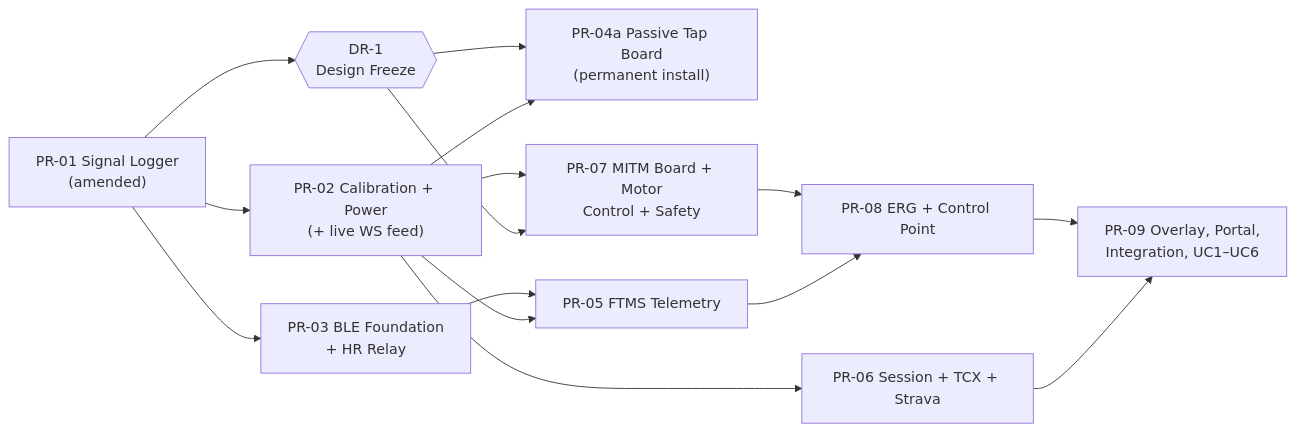
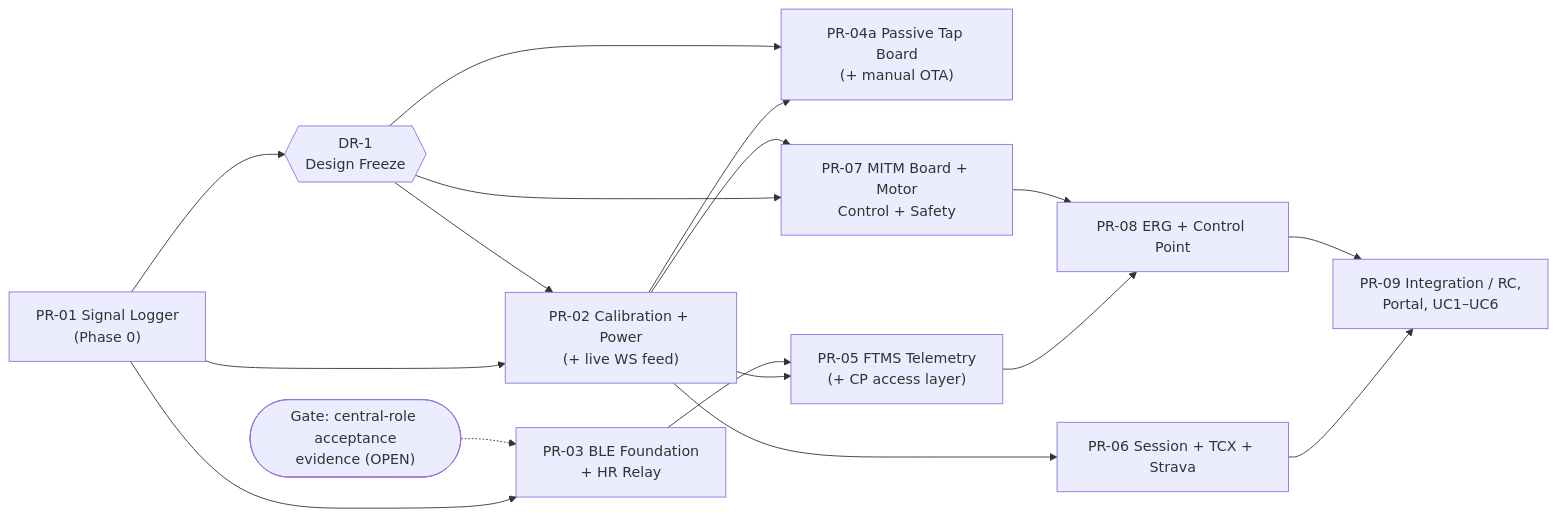
The diagram in .agents/skills/principal-architect-workspace/PROGRAM-PLAN.md (cblabs-org/echenon), drawn with Mermaid before and after one commit. The commit also changed other lines of this file and 42 other files, not shown here.

First line of the commit message:
docs: remediate Chief Architect readiness review (RR-01..RR-20)

````diff
--- a/.agents/skills/principal-architect-workspace/PROGRAM-PLAN.md
+++ b/.agents/skills/principal-architect-workspace/PROGRAM-PLAN.md
@@ -26,17 +37,19 @@
 ```mermaid
 graph LR
-    PR1["PR-01 Signal Logger<br/>(amended)"] --> DR1{{"DR-1<br/>Design Freeze"}}
+    PR1["PR-01 Signal Logger<br/>(Phase 0)"] --> DR1{{"DR-1<br/>Design Freeze"}}
     PR1 --> PR2["PR-02 Calibration + Power<br/>(+ live WS feed)"]
+    DR1 --> PR2
     PR1 --> PR3["PR-03 BLE Foundation<br/>+ HR Relay"]
-    PR2 --> PR4a["PR-04a Passive Tap Board<br/>(permanent install)"]
-    PR2 --> PR5["PR-05 FTMS Telemetry"]
+    PR2 --> PR4a["PR-04a Passive Tap Board<br/>(+ manual OTA)"]
+    DR1 --> PR4a
+    PR2 --> PR5["PR-05 FTMS Telemetry<br/>(+ CP access layer)"]
     PR3 --> PR5
     PR2 --> PR6["PR-06 Session + TCX + Strava"]
-    DR1 --> PR4a
     DR1 --> PR7["PR-07 MITM Board + Motor<br/>Control + Safety"]
     PR2 --> PR7
     PR5 --> PR8["PR-08 ERG + Control Point"]
     PR7 --> PR8
-    PR6 --> PR9["PR-09 Overlay, Portal,<br/>Integration, UC1–UC6"]
+    PR6 --> PR9["PR-09 Integration / RC,<br/>Portal, UC1–UC6"]
     PR8 --> PR9
+    G1(["Gate: central-role acceptance<br/>evidence (OPEN)"]) -.-> PR3
 ```
````
